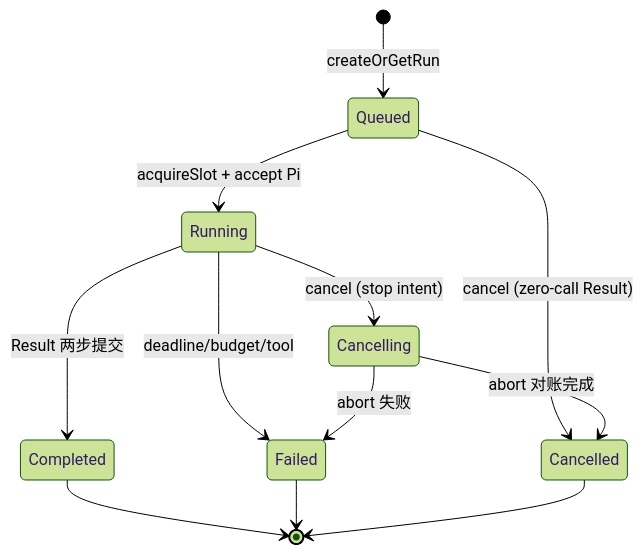
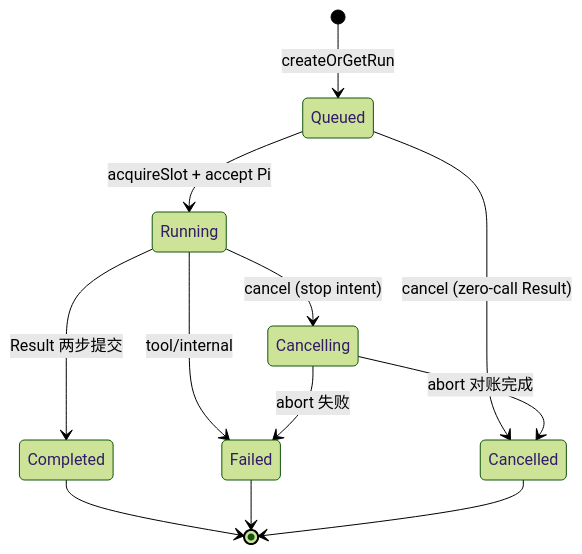
Before and after one commit to corezilla/piko: the seventh of 9 diagrams in docs/20_system_design/mechanisms/piko-run.md, drawn with Mermaid (forest theme). The commit also changed other lines of this file and 20 other files, not shown here.

````diff
--- a/docs/20_system_design/mechanisms/piko-run.md
+++ b/docs/20_system_design/mechanisms/piko-run.md
@@ -595,14 +593,14 @@
 ```mermaid
 stateDiagram-v2
   [*] --> Queued: createOrGetRun
   Queued --> Running: acquireSlot + accept Pi
   Queued --> Cancelled: cancel (zero-call Result)
   Running --> Cancelling: cancel (stop intent)
   Running --> Completed: Result 两步提交
-  Running --> Failed: deadline/budget/tool
+  Running --> Failed: tool/internal
   Cancelling --> Cancelled: abort 对账完成
   Cancelling --> Failed: abort 失败
   Completed --> [*]
   Failed --> [*]
   Cancelled --> [*]
 ```
````
